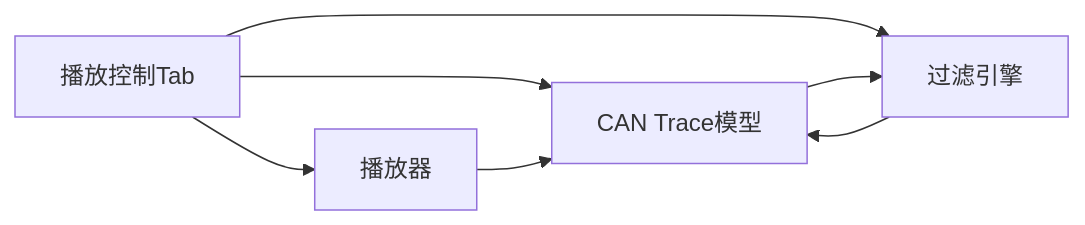
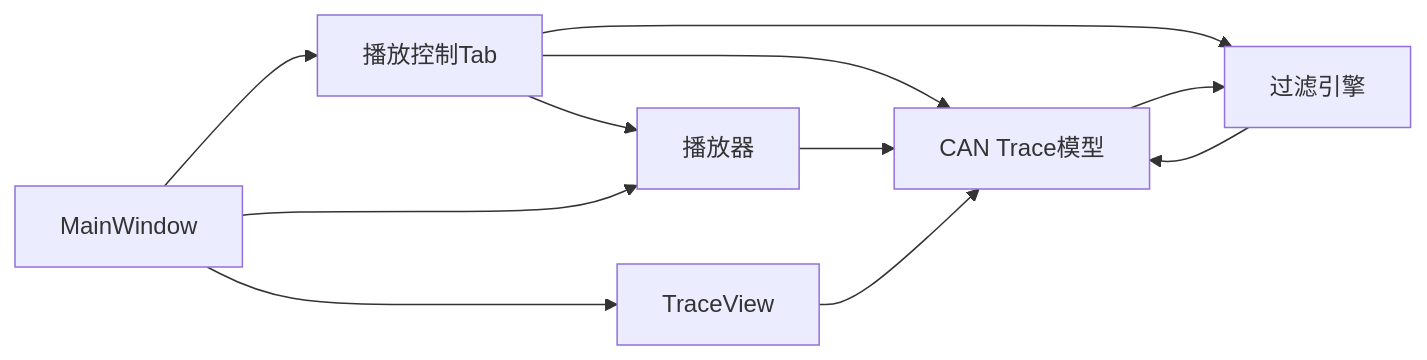
Before and after one commit to jakecai1225-design/OpenBus: the seventh of 7 diagrams in .qoder/repowiki/zh/content/架构设计/UI系统设计/播放控制Tab组件.md, drawn with Mermaid. The commit also changed other lines of this file and 38 other files, not shown here.

````diff
--- a/.qoder/repowiki/zh/content/架构设计/UI系统设计/播放控制Tab组件.md
+++ b/.qoder/repowiki/zh/content/架构设计/UI系统设计/播放控制Tab组件.md
@@ -363,9 +462,13 @@
 ```mermaid
 graph LR
 PlaybackTab["播放控制Tab"] --> Player["播放器"]
 PlaybackTab --> FilterEngine["过滤引擎"]
 PlaybackTab --> TraceModel["CAN Trace模型"]
 Player --> TraceModel
 FilterEngine --> TraceModel
 TraceModel --> FilterEngine
+MainWindow --> PlaybackTab
+MainWindow --> TraceView
+MainWindow --> Player
+TraceView --> TraceModel
 ```
````
